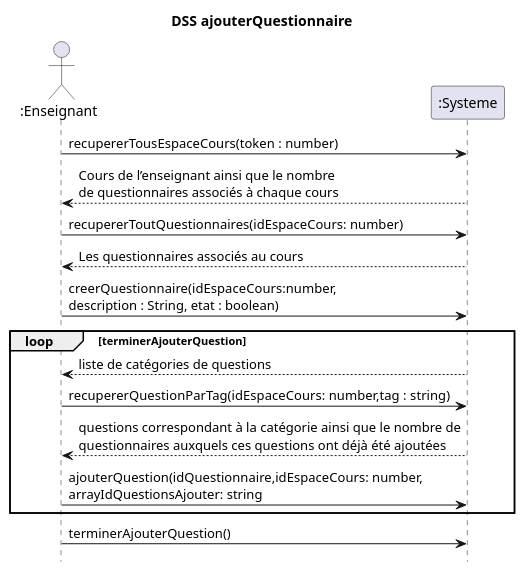
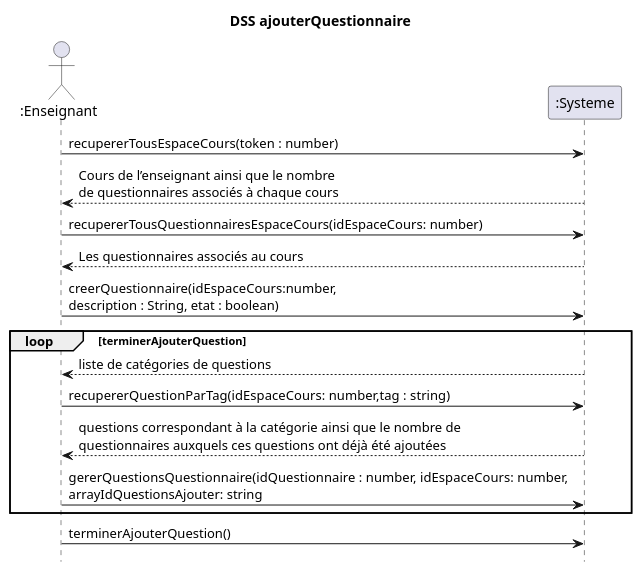
The diagram in docs/Ajouter questionnaire/DSS_Ajouter_Questionnaire.puml (nerdz88/SGA-TS), drawn with PlantUML before and after one commit. The commit also changed 11 other files, not shown here.

```diff
--- a/docs/Ajouter questionnaire/DSS_Ajouter_Questionnaire.puml
+++ b/docs/Ajouter questionnaire/DSS_Ajouter_Questionnaire.puml
@@ -1,19 +1,19 @@
 @startuml DSS_ajouterQuestionnaire
 title DSS ajouterQuestionnaire
 hide footbox
 actor ":Enseignant" as professeur
 participant ":Systeme" as systeme
 
 professeur ->  systeme : recupererTousEspaceCours(token : number)
 systeme --> professeur : Cours de l’enseignant ainsi que le nombre\nde questionnaires associés à chaque cours
-professeur -> systeme : recupererToutQuestionnaires(idEspaceCours: number)
+professeur -> systeme : recupererTousQuestionnairesEspaceCours(idEspaceCours: number)
 systeme --> professeur : Les questionnaires associés au cours
 professeur -> systeme : creerQuestionnaire(idEspaceCours:number,\ndescription : String, etat : boolean)
 loop terminerAjouterQuestion
 systeme --> professeur : liste de catégories de questions
 professeur -> systeme : recupererQuestionParTag(idEspaceCours: number,tag : string)
 systeme --> professeur : questions correspondant à la catégorie ainsi que le nombre de\nquestionnaires auxquels ces questions ont déjà été ajoutées
-professeur -> systeme : ajouterQuestion(idQuestionnaire,idEspaceCours: number,\narrayIdQuestionsAjouter: string
+professeur -> systeme : gererQuestionsQuestionnaire(idQuestionnaire : number, idEspaceCours: number,\narrayIdQuestionsAjouter: string
 end
 professeur -> systeme : terminerAjouterQuestion()
 @enduml
```
